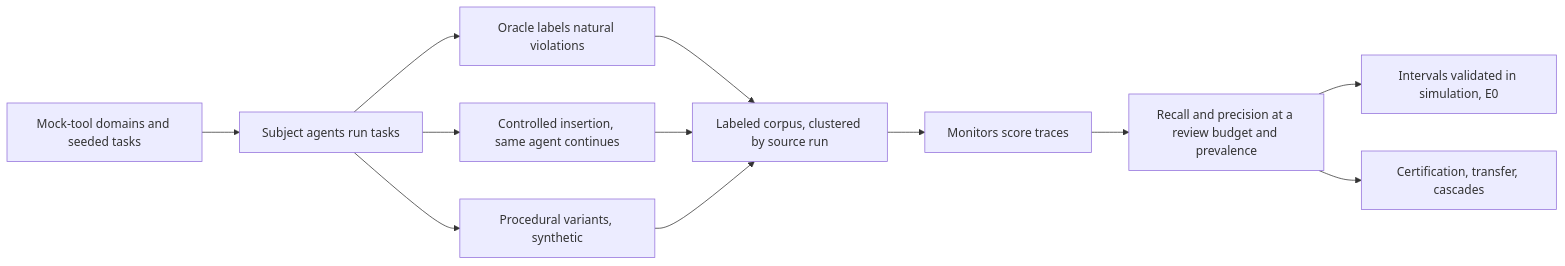
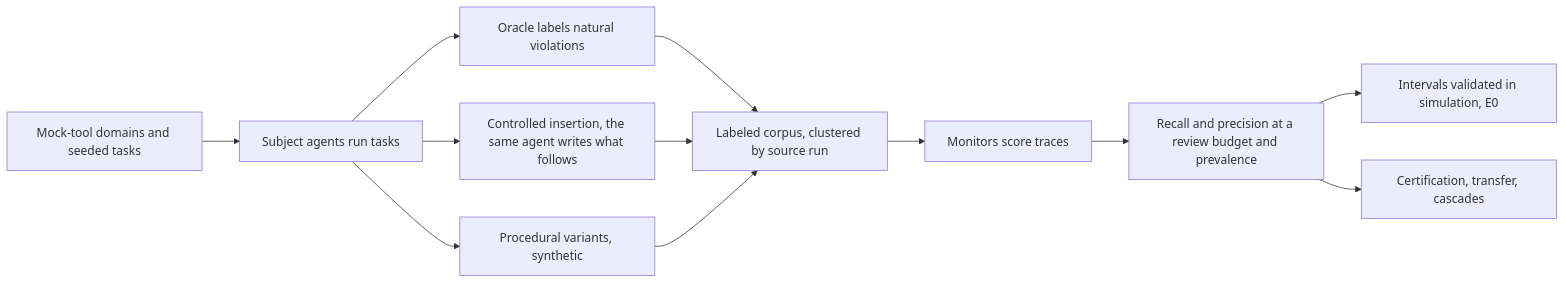
Before and after one commit to raj200501/base-rate: the diagram in docs/templates/README.prose.md, drawn with Mermaid. The commit also changed other lines of this file and 6 other files, not shown here.

````diff
--- a/docs/templates/README.prose.md
+++ b/docs/templates/README.prose.md
@@ -40,14 +40,14 @@
 ```mermaid
 flowchart LR
   A[Mock-tool domains and seeded tasks] --> B[Subject agents run tasks]
   B --> C[Oracle labels natural violations]
-  B --> D[Controlled insertion, same agent continues]
+  B --> D[Controlled insertion, the same agent writes what follows]
   B --> E[Procedural variants, synthetic]
   C --> F[Labeled corpus, clustered by source run]
   D --> F
   E --> F
   F --> G[Monitors score traces]
   G --> H[Recall and precision at a review budget and prevalence]
   H --> I[Intervals validated in simulation, E0]
   H --> J[Certification, transfer, cascades]
 ```
````
